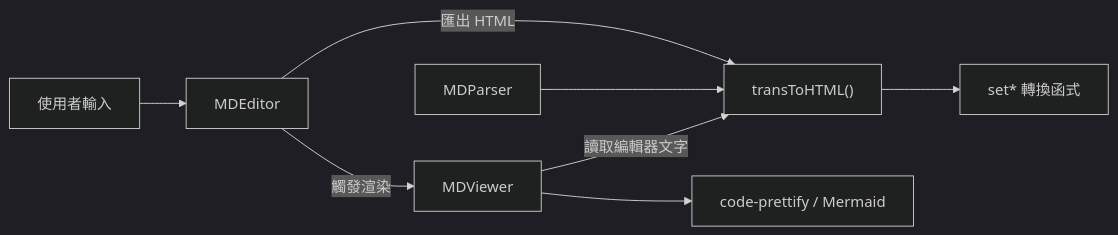
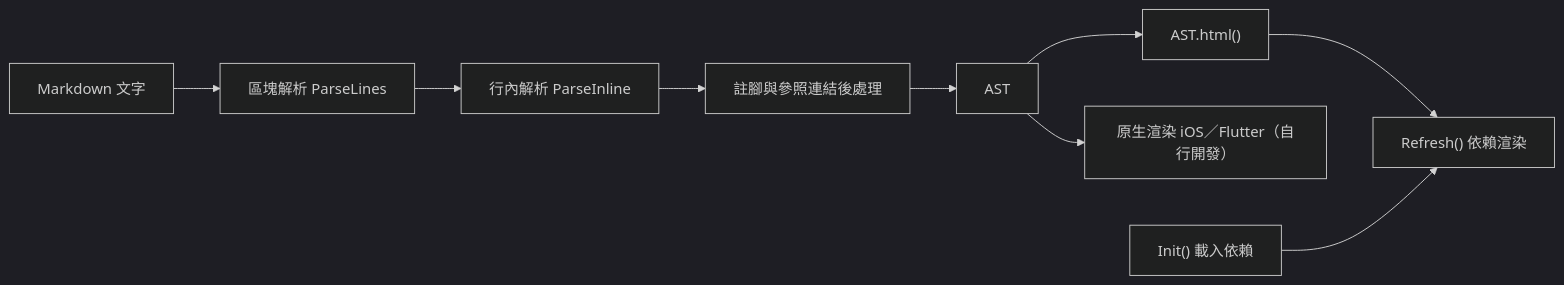
One commit to pardnchiu/NanoMD changed the diagram in doc/README.zh.md. Above: the diagram before and after it, drawn with Mermaid (dark theme). The commit also changed other lines of this file and 7 other files, not shown here.

````diff
--- a/doc/README.zh.md
+++ b/doc/README.zh.md
@@ -41,10 +57,11 @@
 ```mermaid
 graph LR
-    User[使用者輸入] --> Editor[MDEditor]
-    Editor -->|觸發渲染| Viewer[MDViewer]
-    Viewer -->|讀取編輯器文字| Trans["transToHTML()"]
-    Parser[MDParser] --> Trans
-    Editor -->|匯出 HTML| Trans
-    Trans --> Funcs[set* 轉換函式]
-    Viewer --> Runtime[code-prettify / Mermaid]
+    Input[Markdown 文字] --> Block[區塊解析 ParseLines]
+    Block --> Inline[行內解析 ParseInline]
+    Inline --> Post[註腳與參照連結後處理]
+    Post --> AST[AST]
+    AST --> HTML["AST.html()"]
+    AST --> Native[原生渲染 iOS／Flutter（自行開發）]
+    HTML --> Refresh["Refresh() 依賴渲染"]
+    Init["Init() 載入依賴"] --> Refresh
 ```
````
